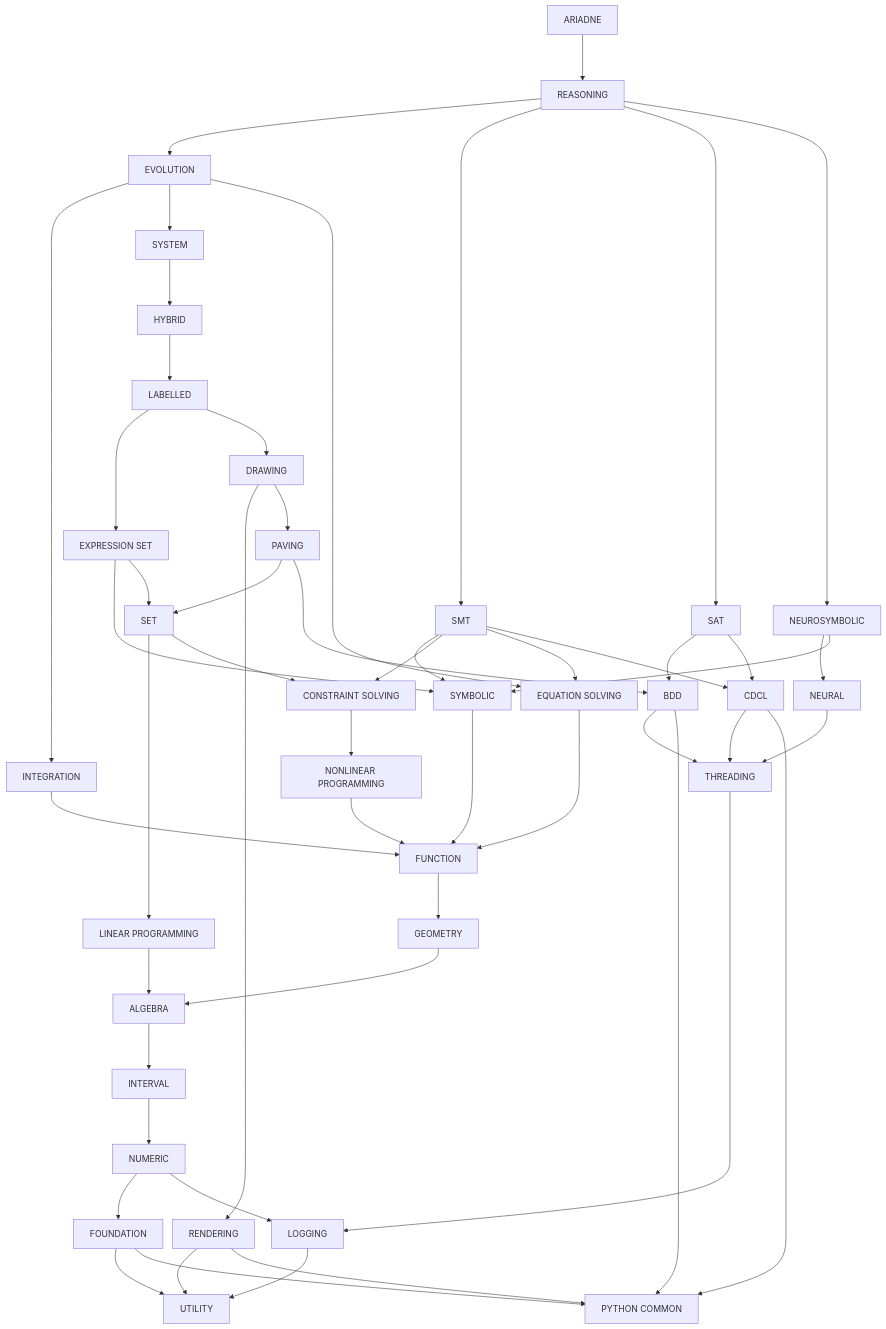
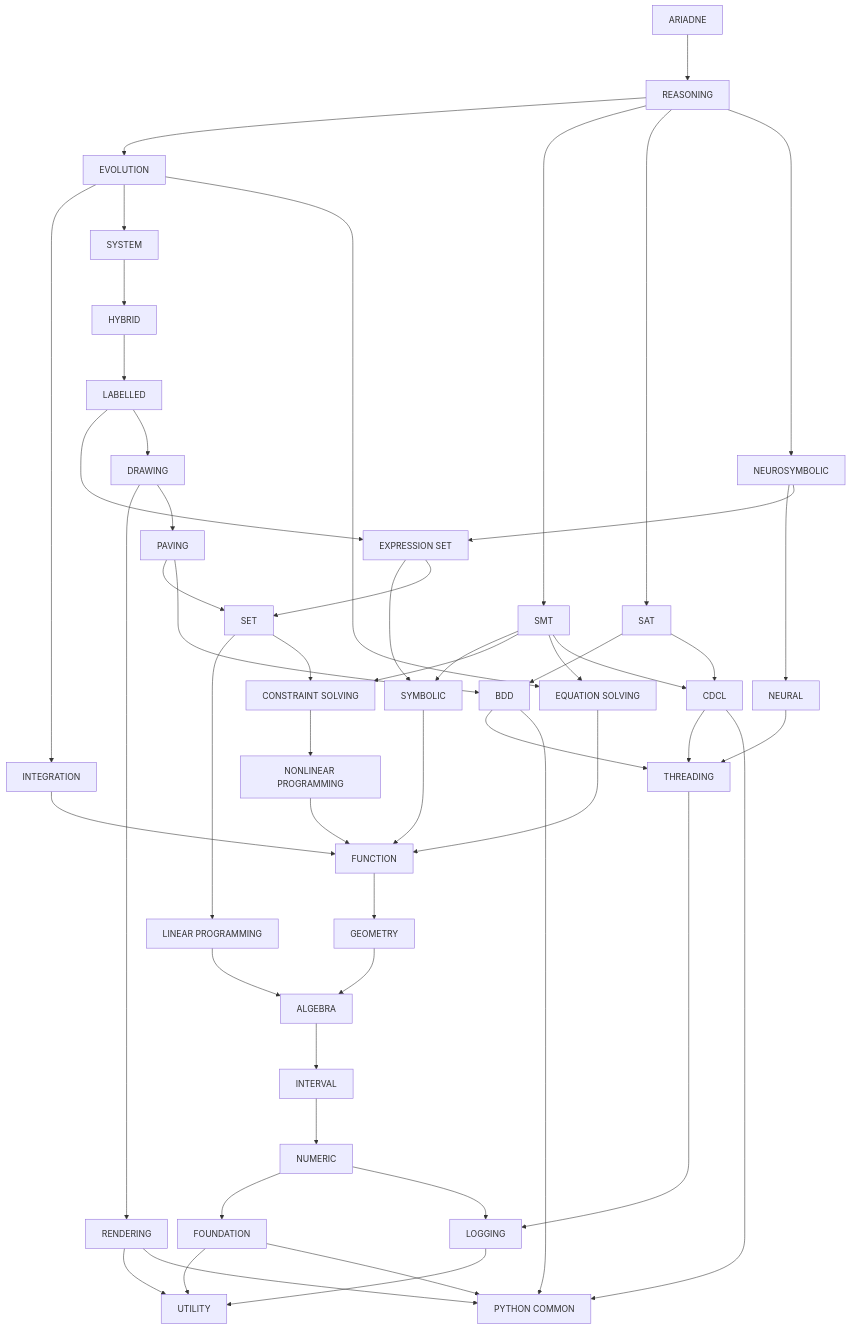
One commit to ariadne-cps/ariadne changed the diagram in doc/structure.md. Above: the diagram before and after it, drawn with Mermaid. The commit also changed other lines of this file, not shown here.

Commit message:
docs: route neurosymbolic through expression-set in structure

```diff
--- a/doc/structure.md
+++ b/doc/structure.md
@@ -45,7 +45,7 @@
     reasoning --> sat
     reasoning --> neurosymbolic
     neurosymbolic --> neural
-    neurosymbolic --> symbolic
+    neurosymbolic --> expression_set
     neural --> threading
     evolution --> integration
     evolution --> system
```
